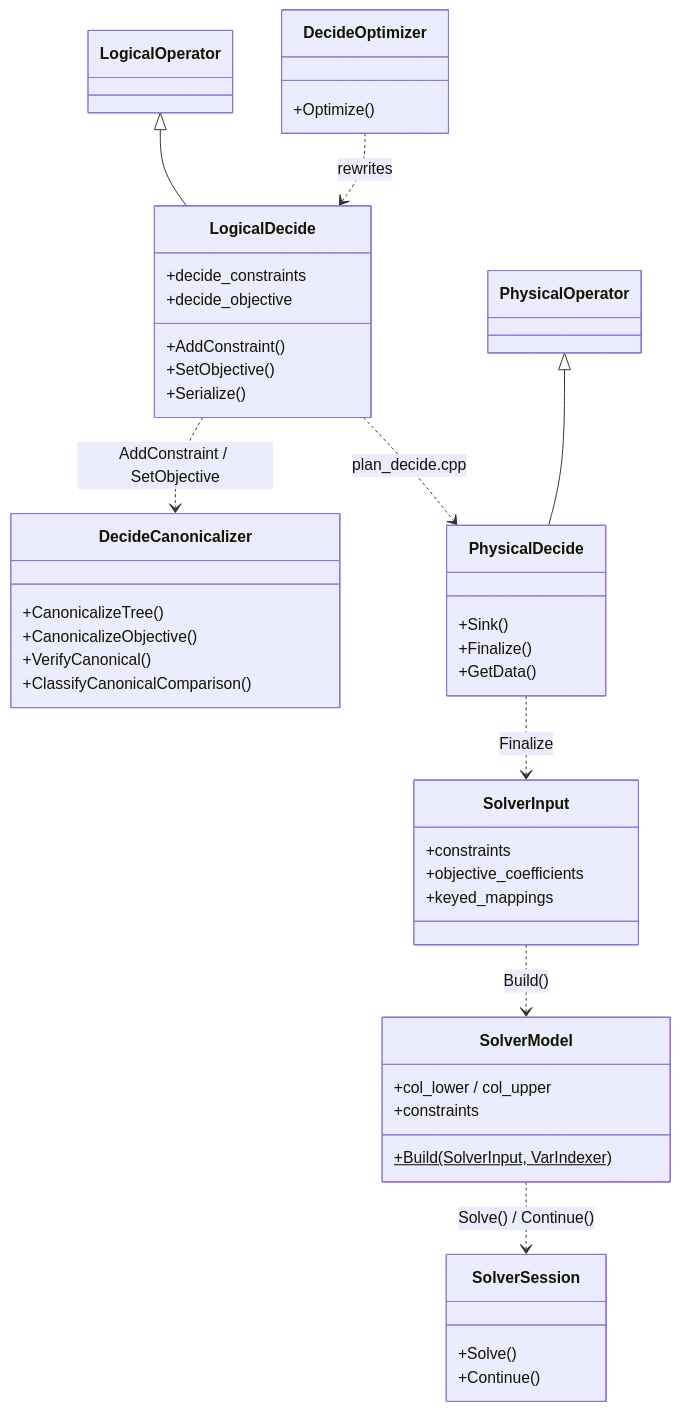
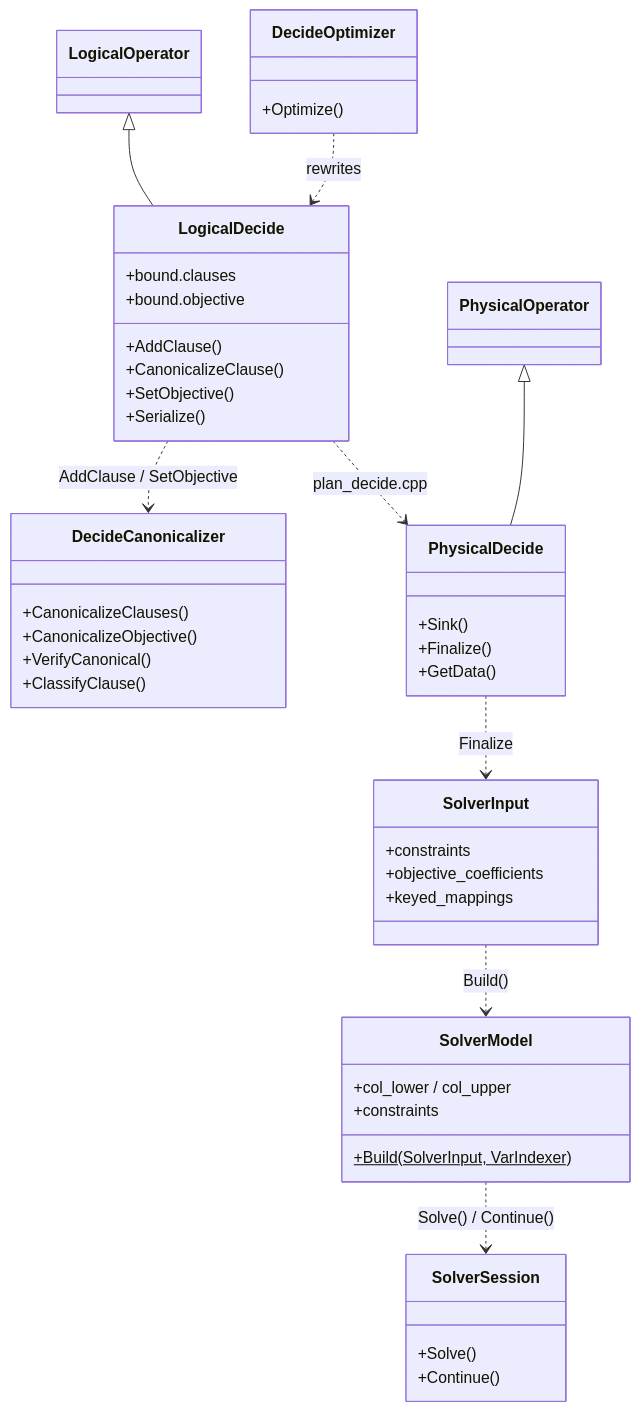
One commit to huda-lab/decidb changed the second of 2 diagrams in context/docs/pipeline/code_structure.md. Above: the diagram before and after it, drawn with Mermaid. The commit also changed other lines of this file and 16 other files, not shown here.

Commit message:
docs: clause records (TREE-3)

````diff
--- a/context/docs/pipeline/code_structure.md
+++ b/context/docs/pipeline/code_structure.md
@@ -169,49 +166,50 @@
 ```mermaid
 classDiagram
     class LogicalOperator
     class LogicalDecide {
-        +decide_constraints
-        +decide_objective
-        +AddConstraint()
+        +bound.clauses
+        +bound.objective
+        +AddClause()
+        +CanonicalizeClause()
         +SetObjective()
         +Serialize()
     }
     class DecideCanonicalizer {
-        +CanonicalizeTree()
+        +CanonicalizeClauses()
         +CanonicalizeObjective()
         +VerifyCanonical()
-        +ClassifyCanonicalComparison()
+        +ClassifyClause()
     }
     class DecideOptimizer {
         +Optimize()
     }
     class PhysicalOperator
     class PhysicalDecide {
         +Sink()
         +Finalize()
         +GetData()
     }
     class SolverInput {
         +constraints
         +objective_coefficients
         +keyed_mappings
     }
     class SolverModel {
         +col_lower / col_upper
         +constraints
         +Build(SolverInput, VarIndexer)$
     }
     class SolverSession {
         +Solve()
         +Continue()
     }
 
     LogicalOperator <|-- LogicalDecide
     PhysicalOperator <|-- PhysicalDecide
-    LogicalDecide ..> DecideCanonicalizer : AddConstraint / SetObjective
+    LogicalDecide ..> DecideCanonicalizer : AddClause / SetObjective
     DecideOptimizer ..> LogicalDecide : rewrites
     LogicalDecide ..> PhysicalDecide : plan_decide.cpp
     PhysicalDecide ..> SolverInput : Finalize
     SolverInput ..> SolverModel : Build()
     SolverModel ..> SolverSession : Solve() / Continue()
 ```
````
